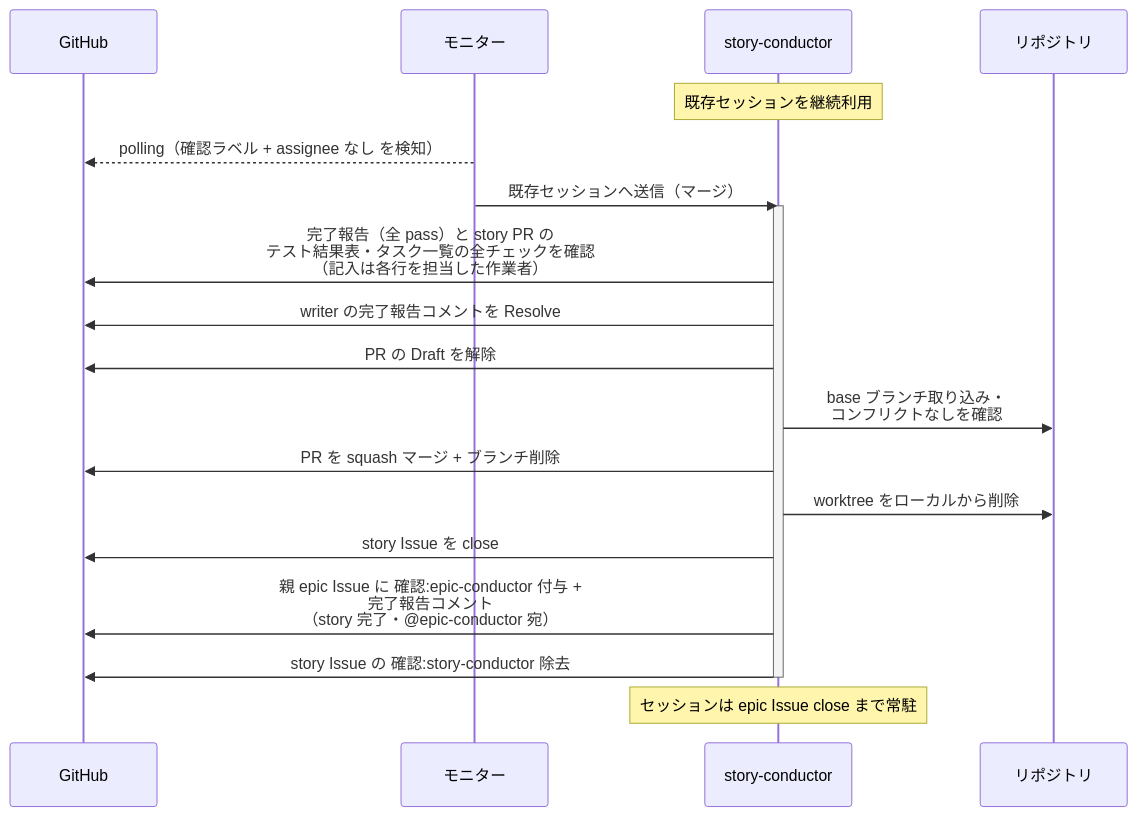
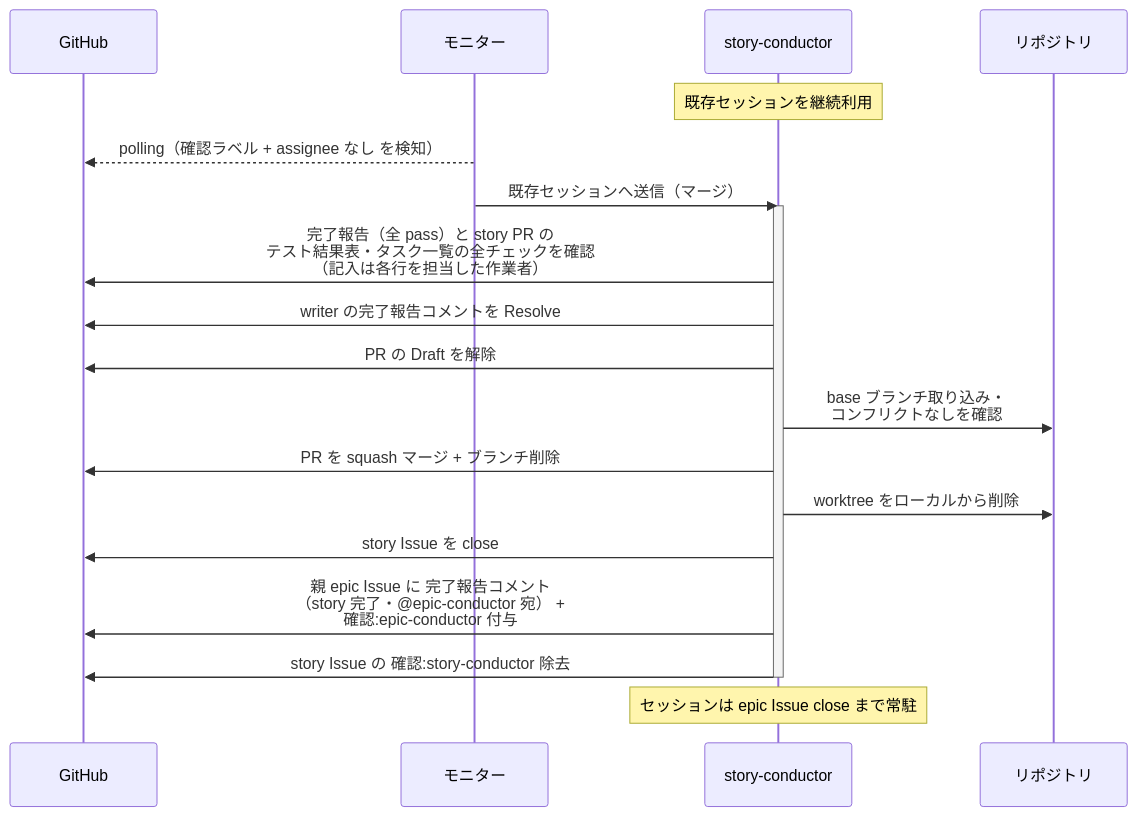
Before and after one commit to shuhei1101/ai-monitor: the second of 6 diagrams in docs/wiki/設計図/シナリオ/単一ユースケース/マージ.md, drawn with Mermaid. The commit also changed other lines of this file and 29 other files, not shown here.

````diff
--- a/docs/wiki/設計図/シナリオ/単一ユースケース/マージ.md
+++ b/docs/wiki/設計図/シナリオ/単一ユースケース/マージ.md
@@ -74,23 +74,23 @@
 ```mermaid
 sequenceDiagram
   participant GH as GitHub
   participant ORC as モニター
   participant MON as story-conductor
   participant REPO as リポジトリ
 
   Note over MON: 既存セッションを継続利用
   ORC-->>GH: polling（確認ラベル + assignee なし を検知）
   ORC->>MON: 既存セッションへ送信（マージ）
   activate MON
   MON->>GH: 完了報告（全 pass）と story PR の<br>テスト結果表・タスク一覧の全チェックを確認<br>（記入は各行を担当した作業者）
   MON->>GH: writer の完了報告コメントを Resolve
   MON->>GH: PR の Draft を解除
   MON->>REPO: base ブランチ取り込み・<br>コンフリクトなしを確認
   MON->>GH: PR を squash マージ + ブランチ削除
   MON->>REPO: worktree をローカルから削除
   MON->>GH: story Issue を close
-  MON->>GH: 親 epic Issue に 確認:epic-conductor 付与 +<br>完了報告コメント<br>（story 完了・@epic-conductor 宛）
+  MON->>GH: 親 epic Issue に 完了報告コメント<br>（story 完了・@epic-conductor 宛） +<br>確認:epic-conductor 付与
   MON->>GH: story Issue の 確認:story-conductor 除去
   deactivate MON
   Note over MON: セッションは epic Issue close まで常駐
 ```
````
